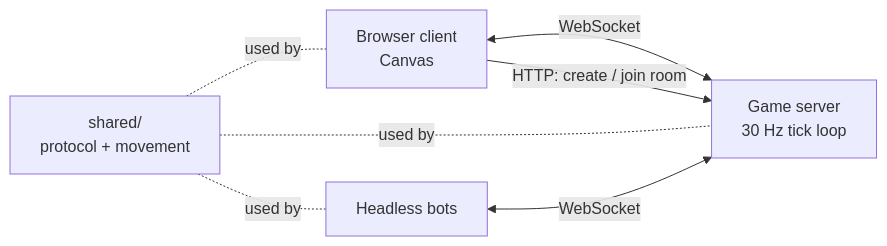
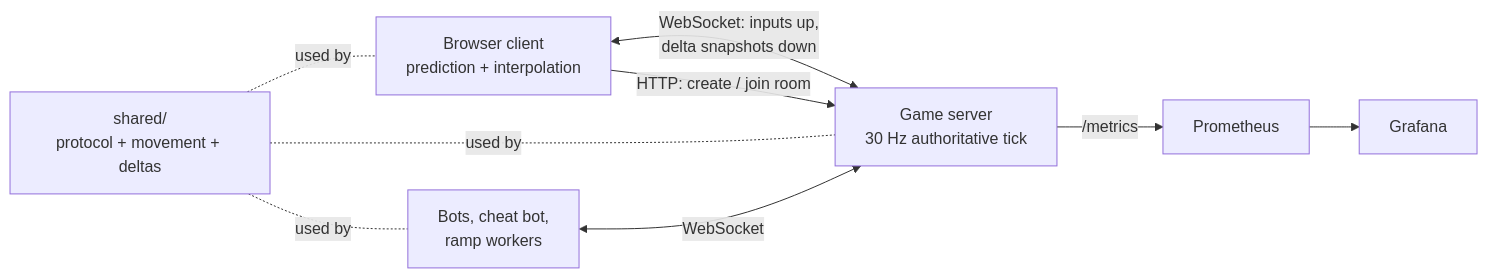
Before and after one commit to Rishavbhattarai/multiplayer-arena: the diagram in README.md, drawn with Mermaid. The commit also changed other lines of this file and 75 other files, not shown here.

Commit message:
Clients now send only key inputs and the server simulates movement with the shared stepTank, rejecting client-sent positions, replayed or skipped input sequences, input floods and shots inside the fire cooldown, with each rejection logged and counted in a metric.

````diff
--- a/README.md
+++ b/README.md
@@ -19,7 +21,8 @@
 ```mermaid
 flowchart LR
-  B[Browser client<br/>Canvas] <-->|WebSocket| S[Game server<br/>30 Hz tick loop]
-  Bots[Headless bots] <-->|WebSocket| S
+  B[Browser client<br/>prediction + interpolation] <-->|WebSocket: inputs up,<br/>delta snapshots down| S[Game server<br/>30 Hz authoritative tick]
+  Bots[Bots, cheat bot,<br/>ramp workers] <-->|WebSocket| S
   B -->|HTTP: create / join room| S
-  Shared[shared/<br/>protocol + movement] -.used by.- B & S & Bots
+  S -->|/metrics| P[Prometheus] --> G[Grafana]
+  Shared[shared/<br/>protocol + movement + deltas] -.used by.- B & S & Bots
 ```
````
